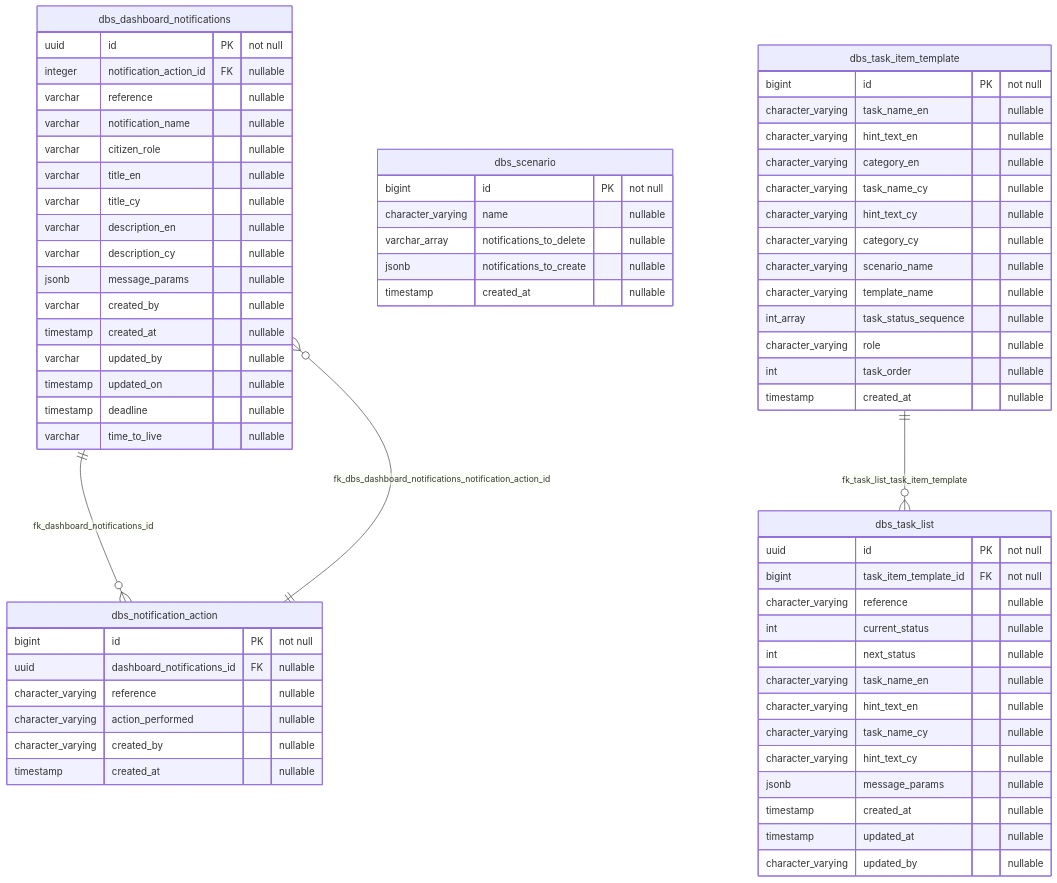
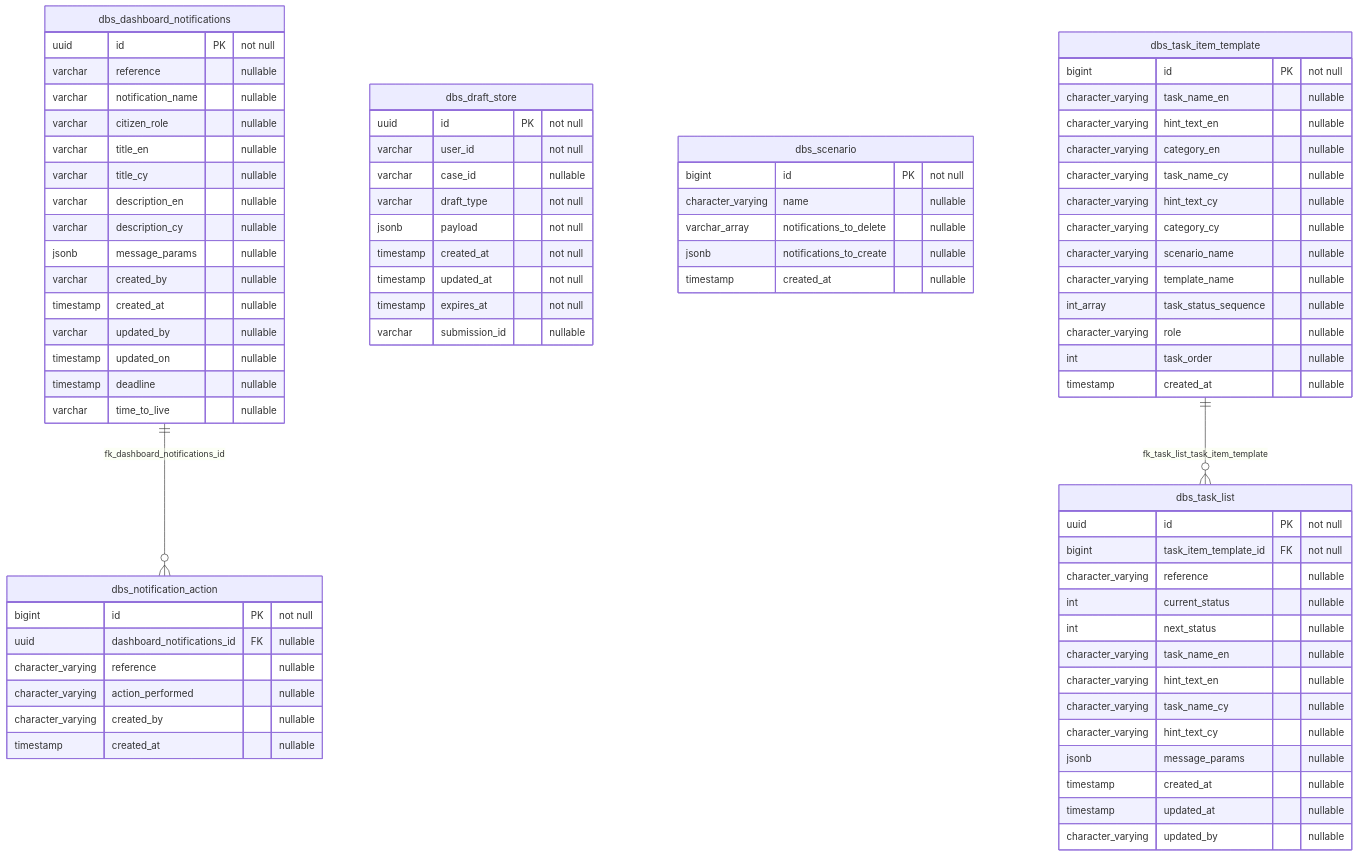
The diagram in docs/database_diagram.mmd (hmcts/civil-service), drawn with Mermaid before and after one commit. The commit also changed 2 other files, not shown here.

Commit message:
DTSCCI-6780 Drop unused dashboard notification reverse pointer
notification_action_id on dashboard_notifications is not used by the app.
Drop the column, its foreign key and its index in one migration so the
reverse key is not left behind without the index. Dismissal and the
forward link from notification_action stay as they are.

```diff
--- a/docs/database_diagram.mmd
+++ b/docs/database_diagram.mmd
@@ -1,73 +1,83 @@
 %% Auto-generated from Flyway migrations; edit src/main/resources/db/migration instead.
 erDiagram
   dbs_dashboard_notifications {
     uuid id PK "not null"
-    integer notification_action_id FK "nullable"
     varchar reference "nullable"
     varchar notification_name "nullable"
     varchar citizen_role "nullable"
     varchar title_en "nullable"
     varchar title_cy "nullable"
     varchar description_en "nullable"
     varchar description_cy "nullable"
     jsonb message_params "nullable"
     varchar created_by "nullable"
     timestamp created_at "nullable"
     varchar updated_by "nullable"
     timestamp updated_on "nullable"
     timestamp deadline "nullable"
     varchar time_to_live "nullable"
+  }
+
+  dbs_draft_store {
+    uuid id PK "not null"
+    varchar user_id "not null"
+    varchar case_id "nullable"
+    varchar draft_type "not null"
+    jsonb payload "not null"
+    timestamp created_at "not null"
+    timestamp updated_at "not null"
+    timestamp expires_at "not null"
+    varchar submission_id "nullable"
   }
 
   dbs_notification_action {
     bigint id PK "not null"
     uuid dashboard_notifications_id FK "nullable"
     character_varying reference "nullable"
     character_varying action_performed "nullable"
     character_varying created_by "nullable"
     timestamp created_at "nullable"
   }
 
   dbs_scenario {
     bigint id PK "not null"
     character_varying name "nullable"
     varchar_array notifications_to_delete "nullable"
     jsonb notifications_to_create "nullable"
     timestamp created_at "nullable"
   }
 
   dbs_task_item_template {
     bigint id PK "not null"
     character_varying task_name_en "nullable"
     character_varying hint_text_en "nullable"
     character_varying category_en "nullable"
     character_varying task_name_cy "nullable"
     character_varying hint_text_cy "nullable"
     character_varying category_cy "nullable"
     character_varying scenario_name "nullable"
     character_varying template_name "nullable"
     int_array task_status_sequence "nullable"
     character_varying role "nullable"
     int task_order "nullable"
     timestamp created_at "nullable"
   }
 
   dbs_task_list {
     uuid id PK "not null"
     bigint task_item_template_id FK "not null"
     character_varying reference "nullable"
     int current_status "nullable"
     int next_status "nullable"
     character_varying task_name_en "nullable"
     character_varying hint_text_en "nullable"
     character_varying task_name_cy "nullable"
     character_varying hint_text_cy "nullable"
     jsonb message_params "nullable"
     timestamp created_at "nullable"
     timestamp updated_at "nullable"
     character_varying updated_by "nullable"
   }
 
-  dbs_notification_action ||--o{ dbs_dashboard_notifications : "fk_dbs_dashboard_notifications_notification_action_id"
   dbs_dashboard_notifications ||--o{ dbs_notification_action : "fk_dashboard_notifications_id"
   dbs_task_item_template ||--o{ dbs_task_list : "fk_task_list_task_item_template"
```
